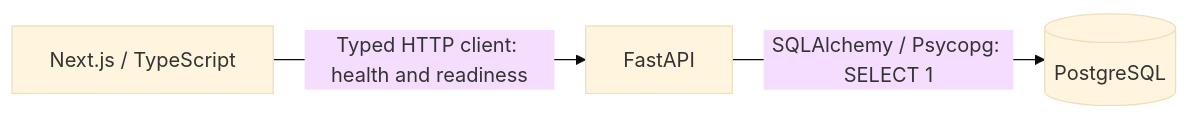
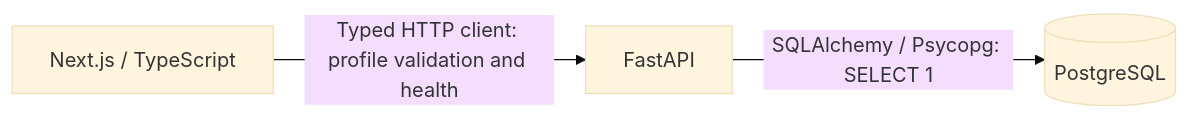
The diagram in README.md (shivakhoshhal94/Roamline), drawn with Mermaid (base theme) before and after one commit. The commit also changed other lines of this file and 19 other files, not shown here.

````diff
--- a/README.md
+++ b/README.md
@@ -29,5 +33,5 @@
 ```mermaid
 flowchart LR
-    Web[Next.js / TypeScript] -->|Typed HTTP client: health and readiness| API[FastAPI]
+    Web[Next.js / TypeScript] -->|Typed HTTP client: profile validation and health| API[FastAPI]
     API -->|SQLAlchemy / Psycopg: SELECT 1| DB[(PostgreSQL)]
 ```
````
